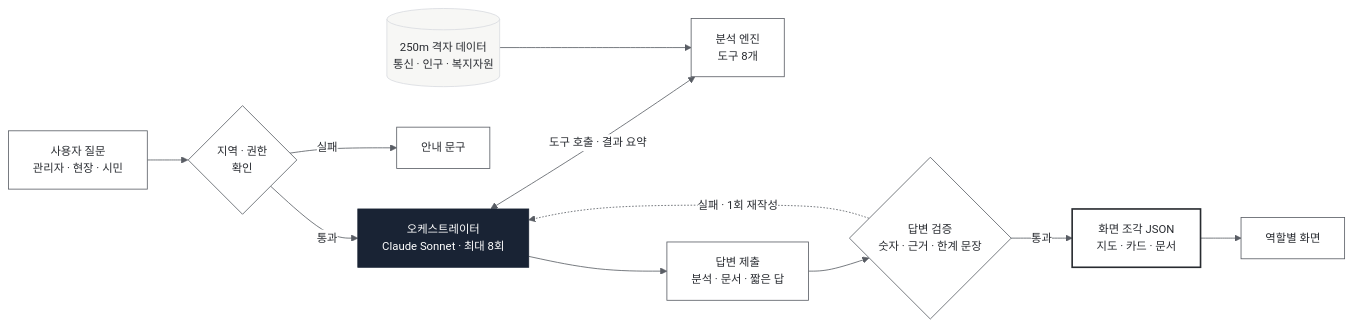
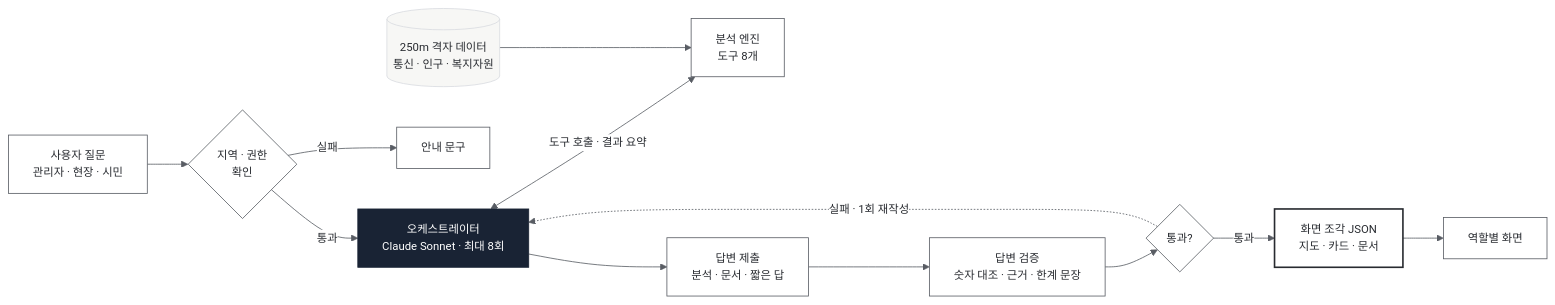
Before and after one commit to Jinx921/Portfolio: the first of 4 diagrams in README.md, drawn with Mermaid. The commit also changed other lines of this file, not shown here.

First line of the commit message:
Refine README intro, interests, and diagram labels

````diff
--- a/README.md
+++ b/README.md
@@ -45,16 +45,16 @@
 ```mermaid
 %%{init: {'theme':'base','themeVariables':{'fontFamily':'Pretendard, Inter, sans-serif','fontSize':'14px','primaryColor':'#FFFFFF','primaryTextColor':'#282B30','primaryBorderColor':'#595D64','lineColor':'#595D64','clusterBkg':'#F7F7F5','clusterBorder':'#D9DCE0','edgeLabelBackground':'#FFFFFF','titleColor':'#282B30'}}}%%
 flowchart LR
     U["사용자 질문<br/>관리자 · 현장 · 시민"] --> C1{"지역 · 권한<br/>확인"}
     C1 -->|통과| O["오케스트레이터<br/>Claude Sonnet · 최대 8회"]:::mine
     C1 -->|실패| G1["안내 문구"]
     O <-->|도구 호출 · 결과 요약| E["분석 엔진<br/>도구 8개"]
     DB[("250m 격자 데이터<br/>통신 · 인구 · 복지자원")]:::data --> E
-    O --> S["답변 제출<br/>분석 · 문서 · 짧은 답"] --> V{"답변 검증<br/>숫자 · 근거 · 한계 문장"}
+    O --> S["답변 제출<br/>분석 · 문서 · 짧은 답"] --> CK["답변 검증<br/>숫자 대조 · 근거 · 한계 문장"] --> V{"통과?"}
     V -->|통과| J["화면 조각 JSON<br/>지도 · 카드 · 문서"]:::out --> UI["역할별 화면"]
     V -.->|실패 · 1회 재작성| O
     classDef default fill:#FFFFFF,stroke:#595D64,color:#282B30
     classDef mine fill:#192334,stroke:#192334,color:#FFFFFF
     classDef data fill:#F7F7F5,stroke:#D9DCE0,color:#282B30
     classDef out fill:#FFFFFF,stroke:#282B30,stroke-width:2px,color:#282B30
 ```
````
